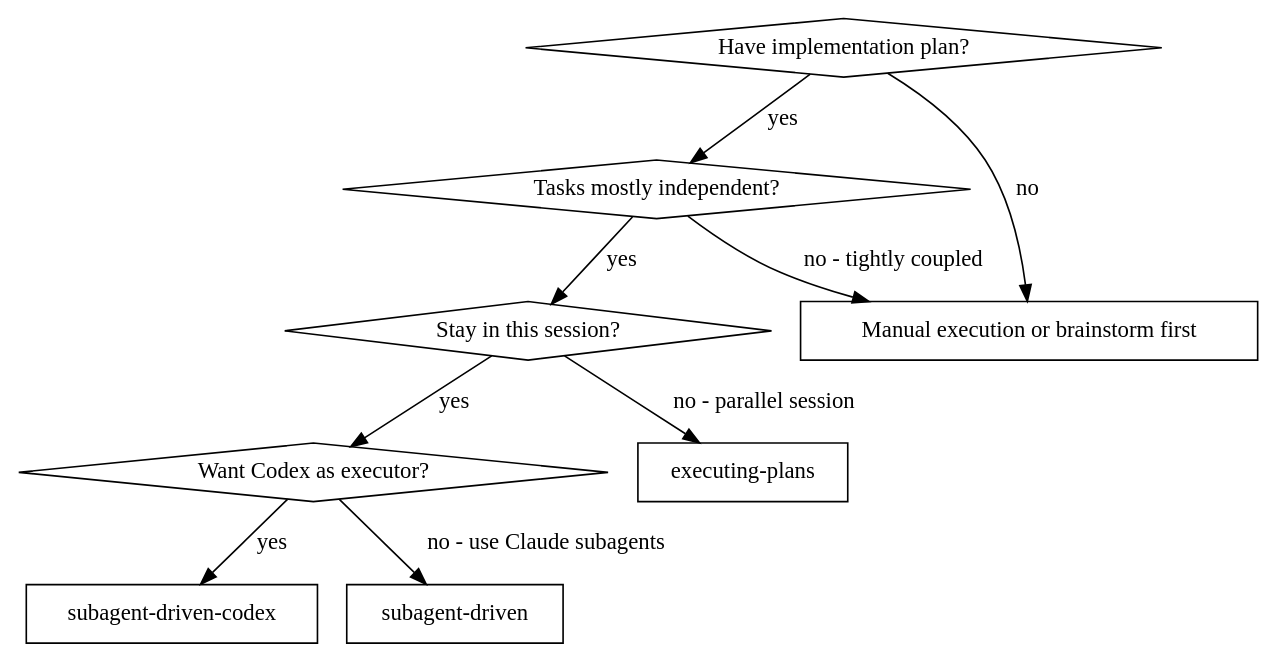
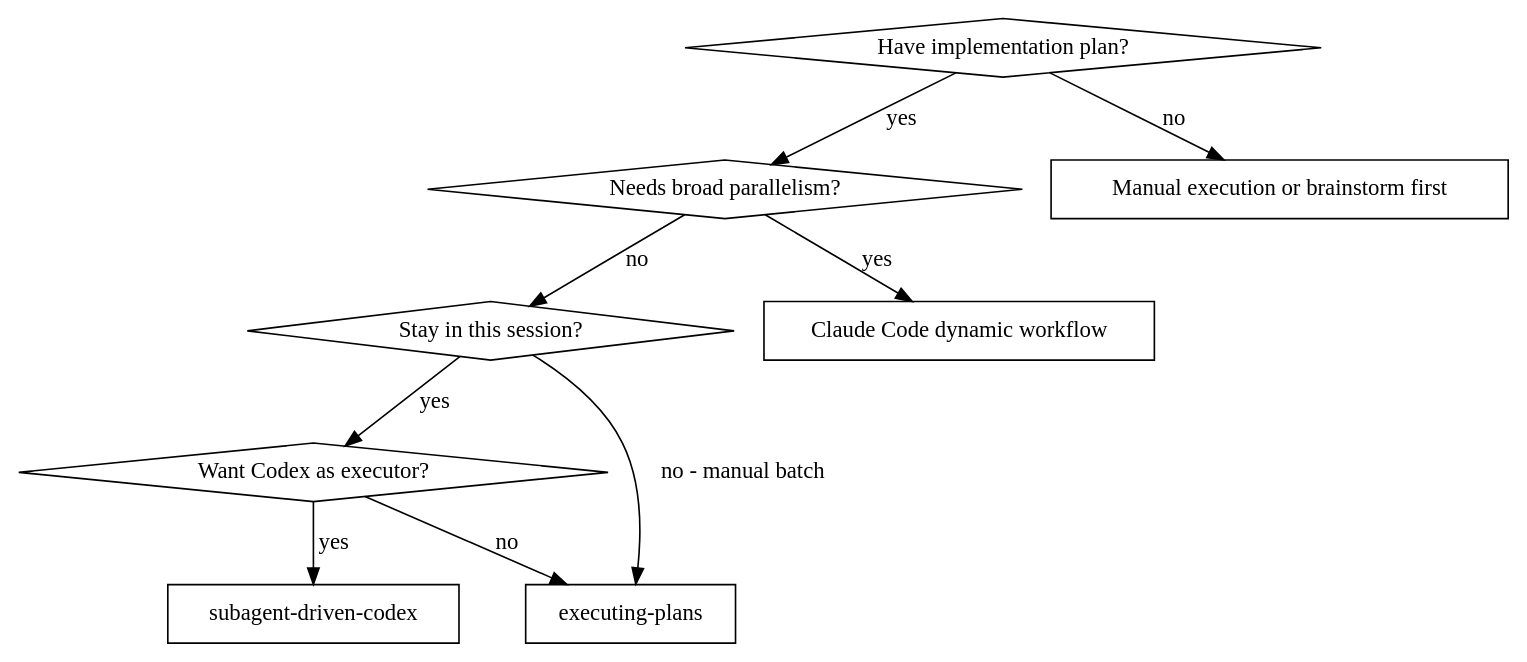
The first of 2 diagrams in skills/subagent-driven-codex/SKILL.md (SipengXie2024/superpower-planning), drawn with Graphviz before and after one commit. The commit also changed other lines of this file and 35 other files, not shown here.

First line of the commit message:
refactor!: delegate large-scale orchestration to Claude Code dynamic workflows

````diff
--- a/skills/subagent-driven-codex/SKILL.md
+++ b/skills/subagent-driven-codex/SKILL.md
@@ -81,21 +81,21 @@
 ```dot
 digraph when_to_use {
     "Have implementation plan?" [shape=diamond];
-    "Tasks mostly independent?" [shape=diamond];
     "Stay in this session?" [shape=diamond];
     "Want Codex as executor?" [shape=diamond];
+    "Needs broad parallelism?" [shape=diamond];
     "subagent-driven-codex" [shape=box];
-    "subagent-driven" [shape=box];
+    "Claude Code dynamic workflow" [shape=box];
     "executing-plans" [shape=box];
     "Manual execution or brainstorm first" [shape=box];
 
-    "Have implementation plan?" -> "Tasks mostly independent?" [label="yes"];
+    "Have implementation plan?" -> "Needs broad parallelism?" [label="yes"];
     "Have implementation plan?" -> "Manual execution or brainstorm first" [label="no"];
-    "Tasks mostly independent?" -> "Stay in this session?" [label="yes"];
-    "Tasks mostly independent?" -> "Manual execution or brainstorm first" [label="no - tightly coupled"];
+    "Needs broad parallelism?" -> "Claude Code dynamic workflow" [label="yes"];
+    "Needs broad parallelism?" -> "Stay in this session?" [label="no"];
     "Stay in this session?" -> "Want Codex as executor?" [label="yes"];
-    "Stay in this session?" -> "executing-plans" [label="no - parallel session"];
+    "Stay in this session?" -> "executing-plans" [label="no - manual batch"];
     "Want Codex as executor?" -> "subagent-driven-codex" [label="yes"];
-    "Want Codex as executor?" -> "subagent-driven" [label="no - use Claude subagents"];
+    "Want Codex as executor?" -> "executing-plans" [label="no"];
 }
 ```
````
